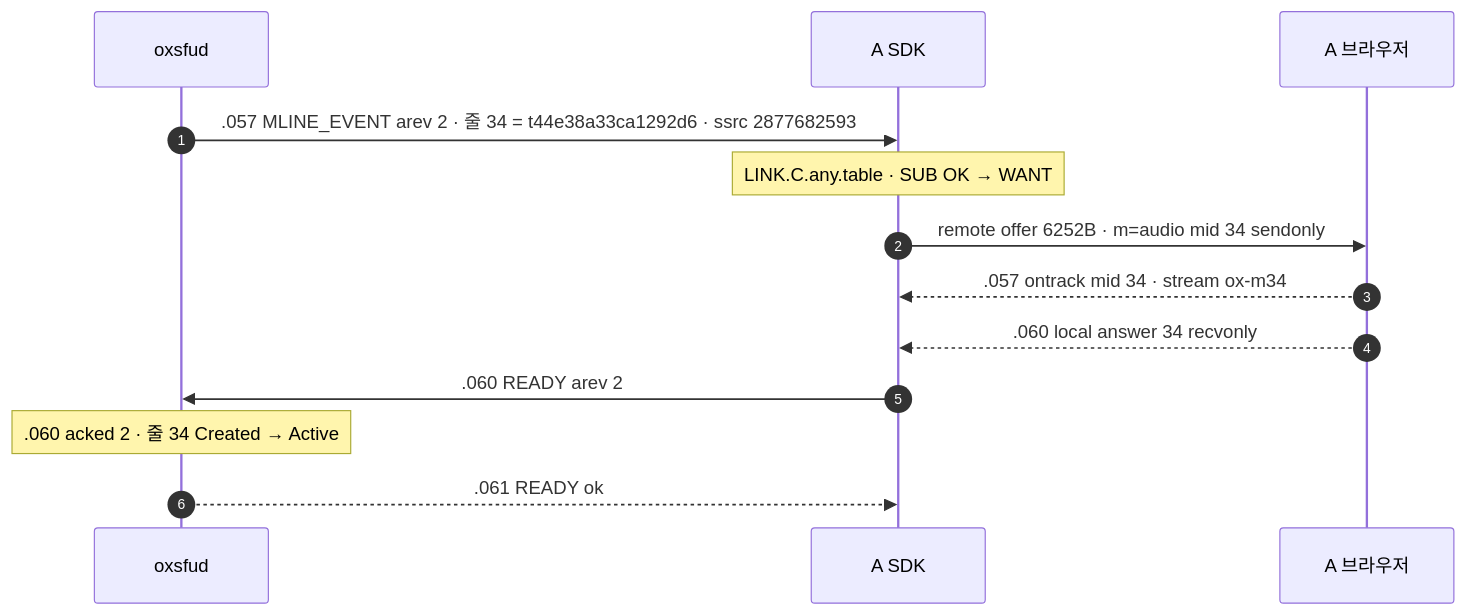
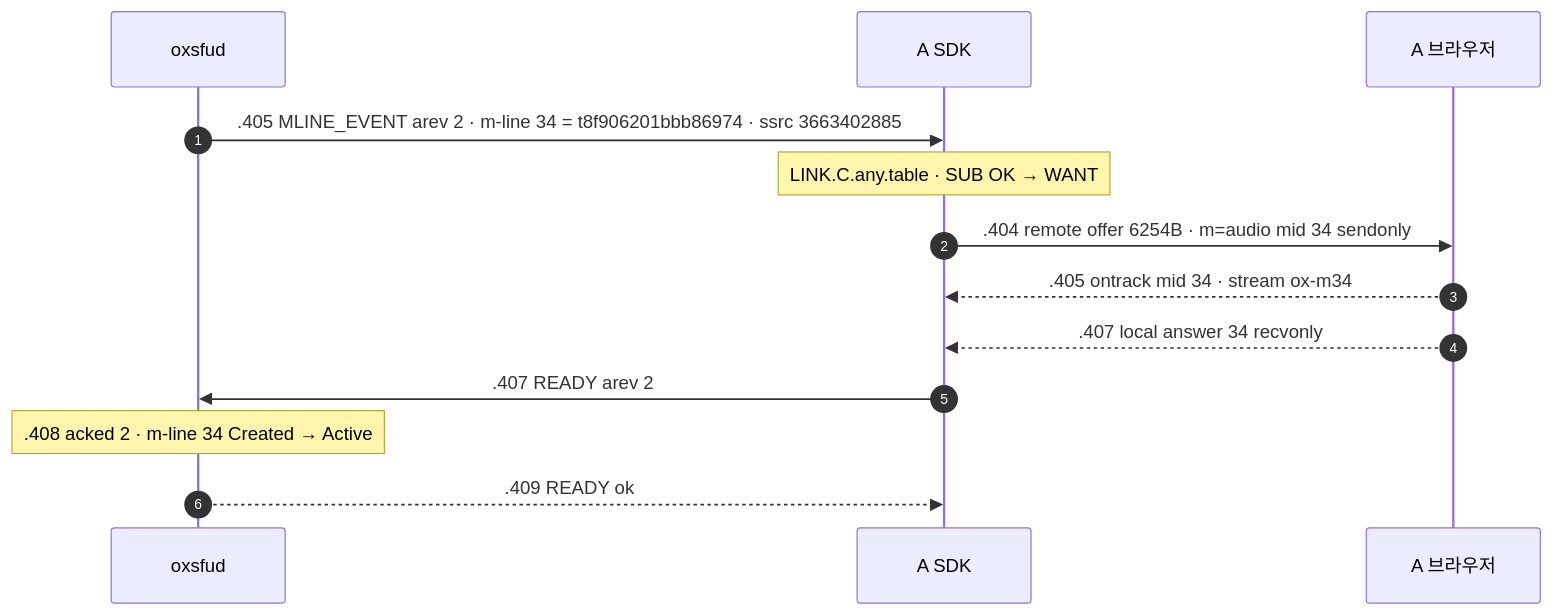
The third of 4 diagrams in docs/learn/03_PUBLISH_SUBSCRIBE.md (kodeholic9/oxlens-sfu), drawn with Mermaid before and after one commit. The commit also changed other lines of this file and 19 other files, not shown here.

````diff
--- a/docs/learn/03_PUBLISH_SUBSCRIBE.md
+++ b/docs/learn/03_PUBLISH_SUBSCRIBE.md
@@ -100,15 +108,15 @@
 ```mermaid
 sequenceDiagram
   autonumber
   participant S as oxsfud
   participant SDK as A SDK
   participant BR as A 브라우저
-  S->>SDK: .057 MLINE_EVENT arev 2 · 줄 34 = t44e38a33ca1292d6 · ssrc 2877682593
+  S->>SDK: .405 MLINE_EVENT arev 2 · m-line 34 = t8f906201bbb86974 · ssrc 3663402885
   Note over SDK: LINK.C.any.table · SUB OK → WANT
-  SDK->>BR: remote offer 6252B · m=audio mid 34 sendonly
-  BR-->>SDK: .057 ontrack mid 34 · stream ox-m34
-  BR-->>SDK: .060 local answer 34 recvonly
-  SDK->>S: .060 READY arev 2
-  Note over S: .060 acked 2 · 줄 34 Created → Active
-  S-->>SDK: .061 READY ok
+  SDK->>BR: .404 remote offer 6254B · m=audio mid 34 sendonly
+  BR-->>SDK: .405 ontrack mid 34 · stream ox-m34
+  BR-->>SDK: .407 local answer 34 recvonly
+  SDK->>S: .407 READY arev 2
+  Note over S: .408 acked 2 · m-line 34 Created → Active
+  S-->>SDK: .409 READY ok
 ```
````
